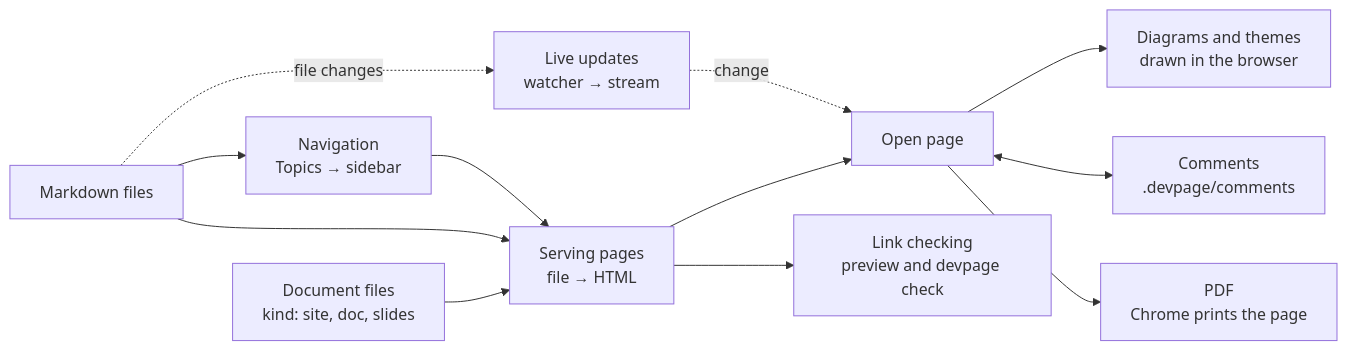
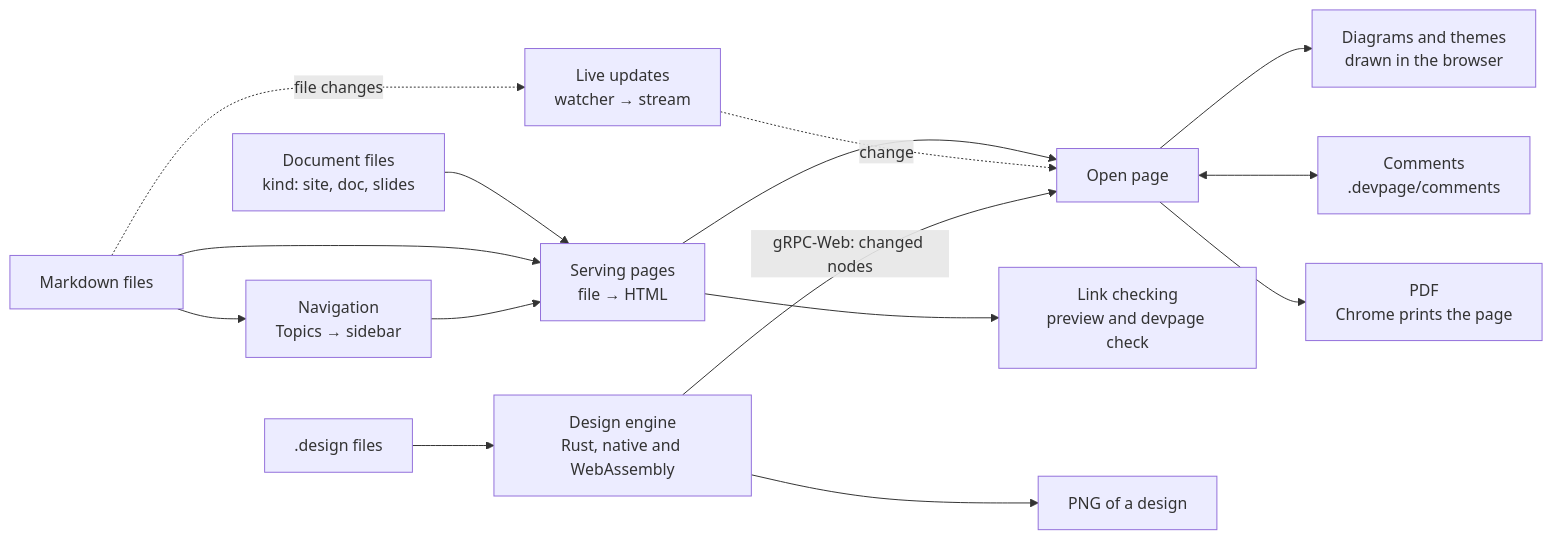
Before and after one commit to andrei512/devpage: the diagram in docs/boxes/viewer/README.md, drawn with Mermaid. The commit also changed other lines of this file and 11 other files, not shown here.

First line of the commit message:
Design: designs, a fourth kind of document drawn by a Rust engine

````diff
--- a/docs/boxes/viewer/README.md
+++ b/docs/boxes/viewer/README.md
@@ -28,22 +30,27 @@
 ```mermaid
 flowchart LR
   yml["Document files<br/>kind: site, doc, slides"] --> serving["Serving pages<br/>file → HTML"]
   files["Markdown files"] --> serving
   files --> nav["Navigation<br/>Topics → sidebar"]
   nav --> serving
   files -. "file changes" .-> live["Live updates<br/>watcher → stream"]
   serving --> browser["Open page"]
   live -. "change" .-> browser
   browser --> diagrams["Diagrams and themes<br/>drawn in the browser"]
   browser <--> comments["Comments<br/>.devpage/comments"]
   serving --> check["Link checking<br/>preview and devpage check"]
   browser --> pdf["PDF<br/>Chrome prints the page"]
+  designfiles[".design files"] --> engine["Design engine<br/>Rust, native and WebAssembly"]
+  engine -->|"gRPC-Web: changed nodes"| browser
+  engine --> png["PNG of a design"]
   click yml href "./writing-a-document/README.md" "Writing a document"
   click serving href "./serving-pages/README.md" "How pages are served"
   click nav href "./navigation-tree/README.md" "How the sidebar is built"
   click live href "./live-updates/README.md" "How open pages stay current"
   click diagrams href "./diagrams-and-themes/README.md" "Diagrams and themes"
   click comments href "./comments/README.md" "Comments"
   click check href "./checking-links/README.md" "Checking links"
   click pdf href "./pdf/README.md" "Printing to PDF"
+  click designfiles href "./designs/README.md" "Designs"
+  click engine href "./design-engine/README.md" "The design engine"
 ```
````
